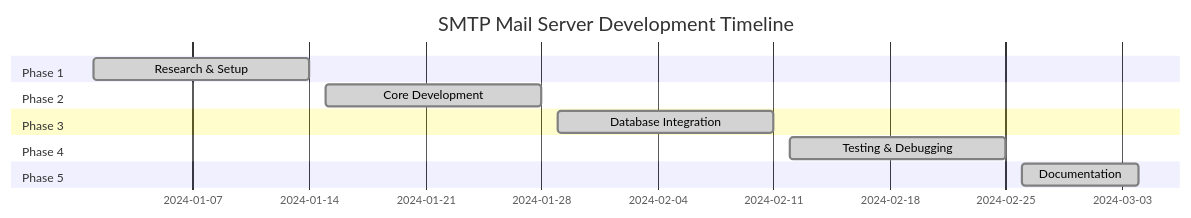
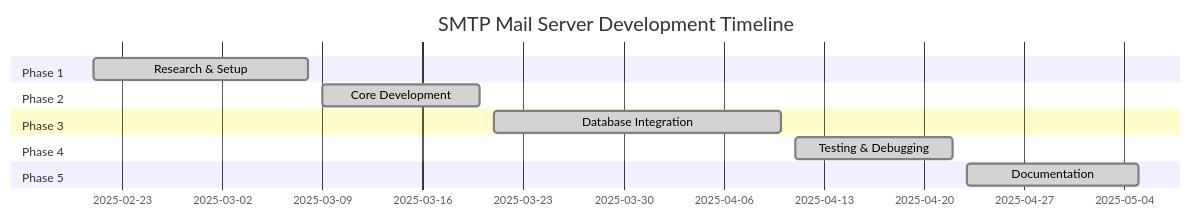
One commit to MudasirNaeem1/SMTP-Server-Python-smtplib changed the fifth of 6 diagrams in README.md. Above: the diagram before and after it, drawn with Mermaid. The commit also changed other lines of this file, not shown here.

````diff
--- a/README.md
+++ b/README.md
@@ -356,15 +352,15 @@
 ```mermaid
 gantt
     title SMTP Mail Server Development Timeline
     dateFormat  YYYY-MM-DD
     section Phase 1
-    Research & Setup     :done, phase1, 2024-01-01, 2024-01-14
+    Research & Setup     :done, phase1, 2025-02-21, 2025-03-08
     section Phase 2
-    Core Development     :done, phase2, 2024-01-15, 2024-01-28
+    Core Development     :done, phase2, 2025-03-09, 2025-03-20
     section Phase 3
-    Database Integration :done, phase3, 2024-01-29, 2024-02-11
+    Database Integration :done, phase3, 2025-03-21, 2025-04-10
     section Phase 4
-    Testing & Debugging  :done, phase4, 2024-02-12, 2024-02-25
+    Testing & Debugging  :done, phase4, 2025-04-11, 2025-04-22
     section Phase 5
-    Documentation        :done, phase5, 2024-02-26, 2024-03-04
+    Documentation        :done, phase5, 2025-04-23, 2025-05-05
 ```
````
